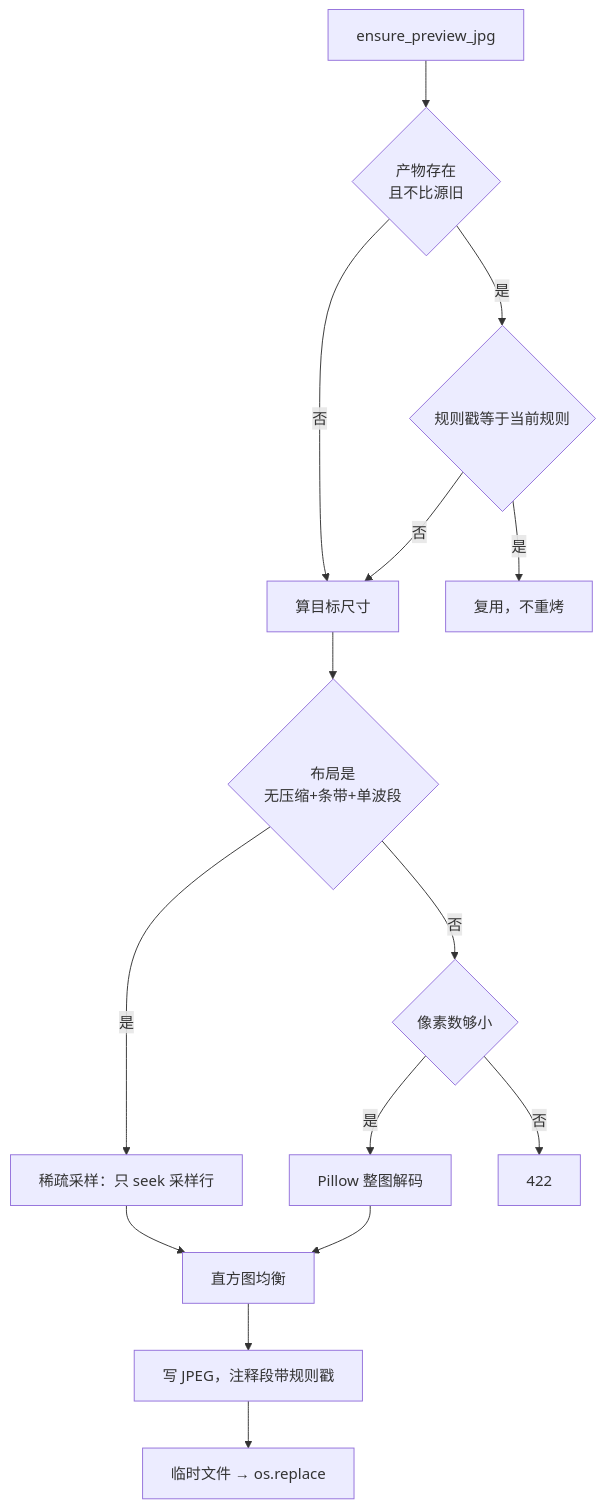
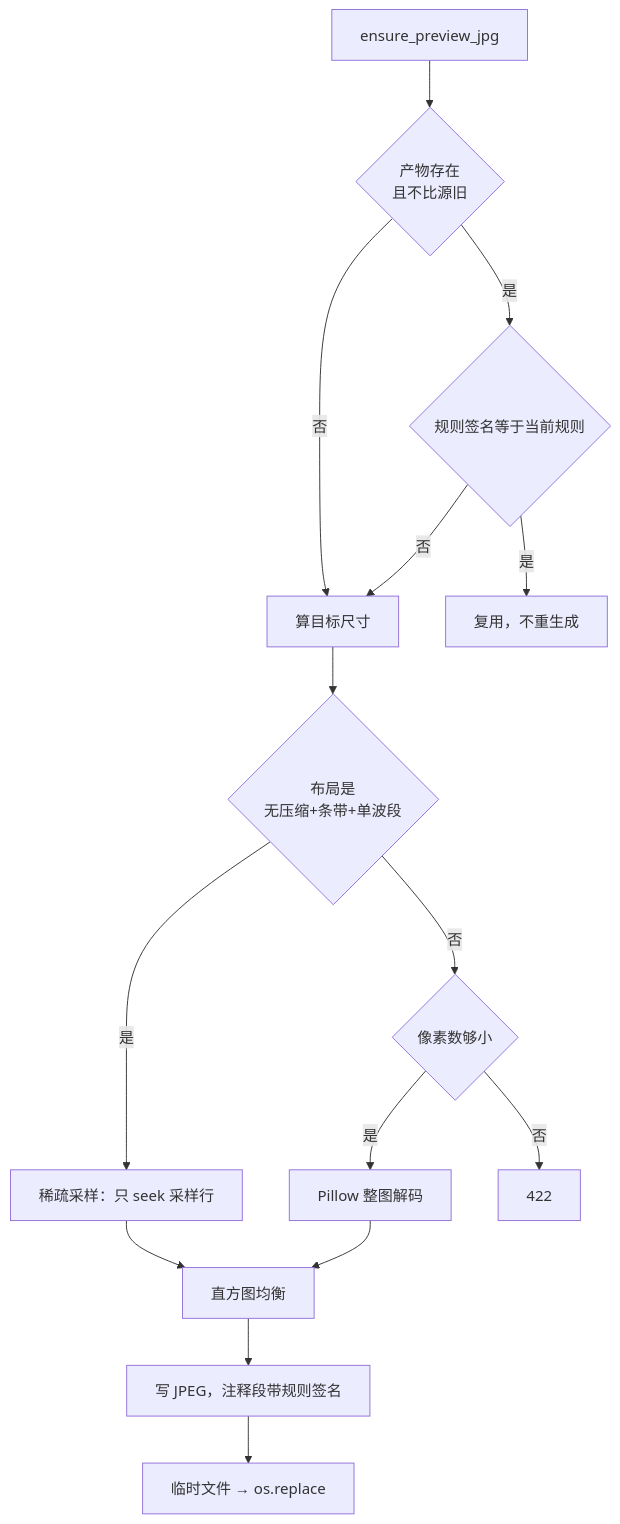
The third of 5 diagrams in docs/knowledge/io-pipeline/scene-io.md (Jason001028/sr_agent_platform), drawn with Mermaid before and after one commit. The commit also changed other lines of this file and 84 other files, not shown here.

````diff
--- a/docs/knowledge/io-pipeline/scene-io.md
+++ b/docs/knowledge/io-pipeline/scene-io.md
@@ -89,17 +89,17 @@
 ```mermaid
 flowchart TD
   S["ensure_preview_jpg"] --> M{"产物存在<br/>且不比源旧"}
   M -->|"否"| EDGE["算目标尺寸"]
-  M -->|"是"| STAMP{"规则戳等于当前规则"}
-  STAMP -->|"是"| HIT["复用，不重烤"]
+  M -->|"是"| STAMP{"规则签名等于当前规则"}
+  STAMP -->|"是"| HIT["复用，不重生成"]
   STAMP -->|"否"| EDGE
   EDGE --> LAY{"布局是<br/>无压缩+条带+单波段"}
   LAY -->|"是"| SP["稀疏采样：只 seek 采样行"]
   LAY -->|"否"| SMALL{"像素数够小"}
   SMALL -->|"是"| PIL["Pillow 整图解码"]
   SMALL -->|"否"| E422["422"]
   SP --> EQ["直方图均衡"]
   PIL --> EQ
-  EQ --> ENC["写 JPEG，注释段带规则戳"]
+  EQ --> ENC["写 JPEG，注释段带规则签名"]
   ENC --> ATOMIC["临时文件 → os.replace"]
 ```
````
